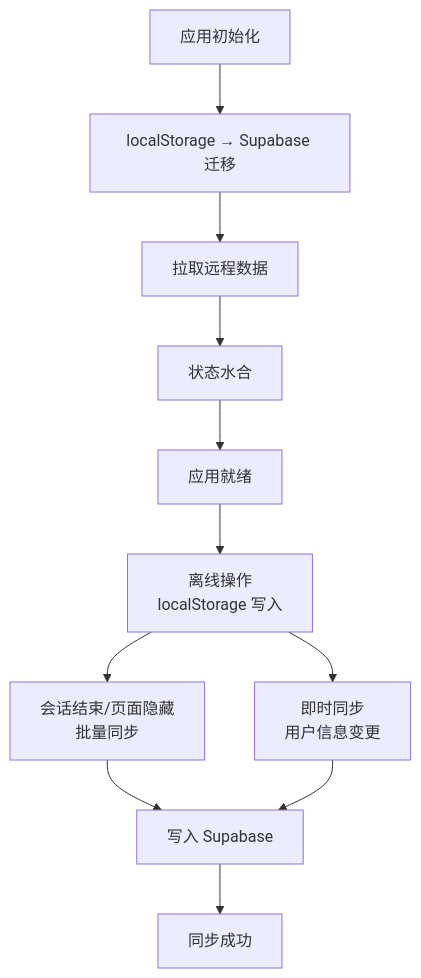
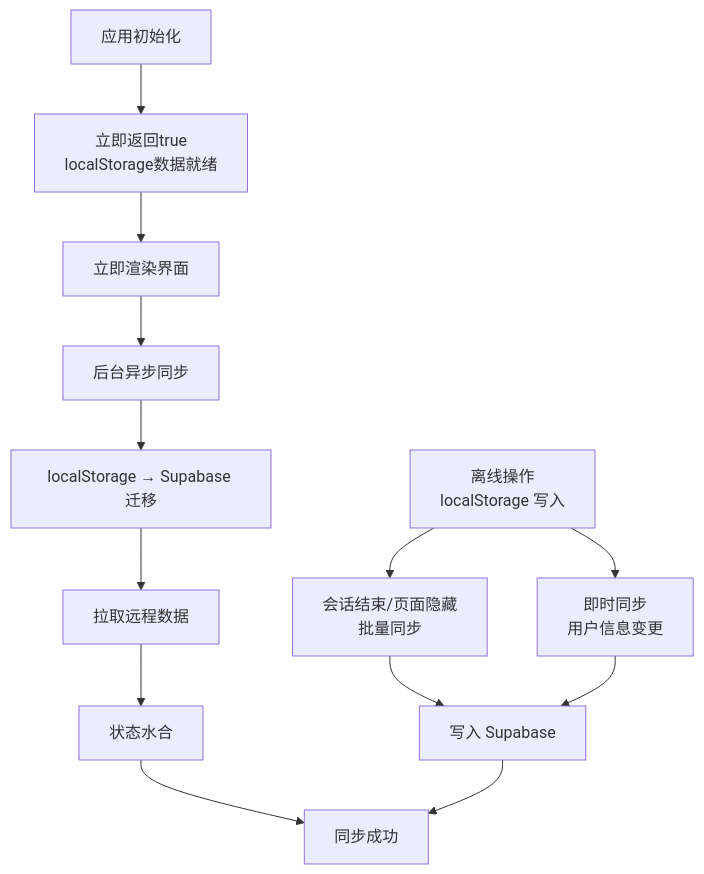
One commit to wudeng2005/rainbow-learning changed the fifth of 6 diagrams in .qoder/repowiki/zh/content/核心架构/核心架构.md. Above: the diagram before and after it, drawn with Mermaid. The commit also changed other lines of this file and 49 other files, not shown here.

````diff
--- a/.qoder/repowiki/zh/content/核心架构/核心架构.md
+++ b/.qoder/repowiki/zh/content/核心架构/核心架构.md
@@ -256,13 +290,15 @@
 ```mermaid
 flowchart TD
-Init["应用初始化"] --> Migration["localStorage → Supabase 迁移"]
+Init["应用初始化"] --> ImmediateReady["立即返回true<br/>localStorage数据就绪"]
+ImmediateReady --> Render["立即渲染界面"]
+Render --> BackgroundSync["后台异步同步"]
+BackgroundSync --> Migration["localStorage → Supabase 迁移"]
 Migration --> RemoteFetch["拉取远程数据"]
 RemoteFetch --> Hydrate["状态水合"]
-Hydrate --> Ready["应用就绪"]
-Ready --> OfflineOps["离线操作<br/>localStorage 写入"]
-OfflineOps --> BatchSync["会话结束/页面隐藏<br/>批量同步"]
+Hydrate --> Success["同步成功"]
+OfflineOps["离线操作<br/>localStorage 写入"] --> BatchSync["会话结束/页面隐藏<br/>批量同步"]
 BatchSync --> SupabaseWrite["写入 Supabase"]
-SupabaseWrite --> Success["同步成功"]
+SupabaseWrite --> Success
 OfflineOps --> InstantSync["即时同步<br/>用户信息变更"]
 InstantSync --> SupabaseWrite
 ```
````
